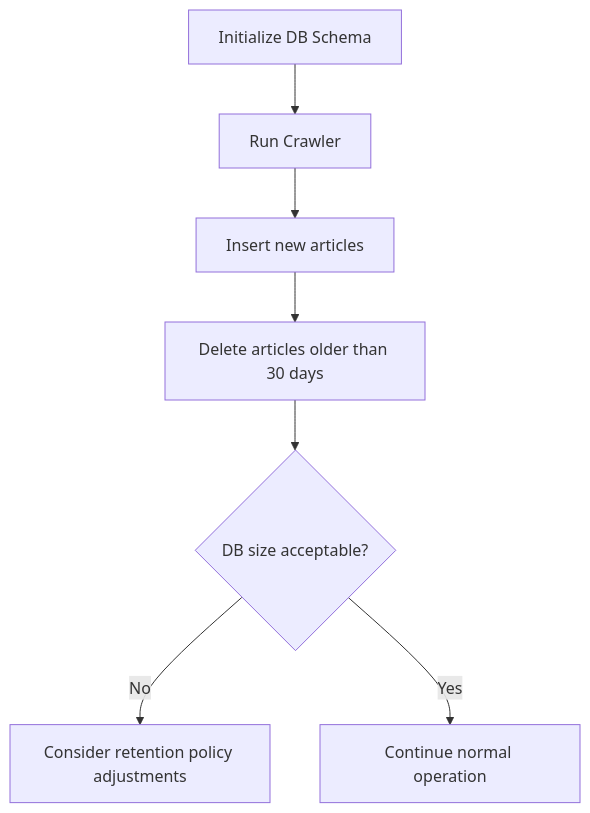
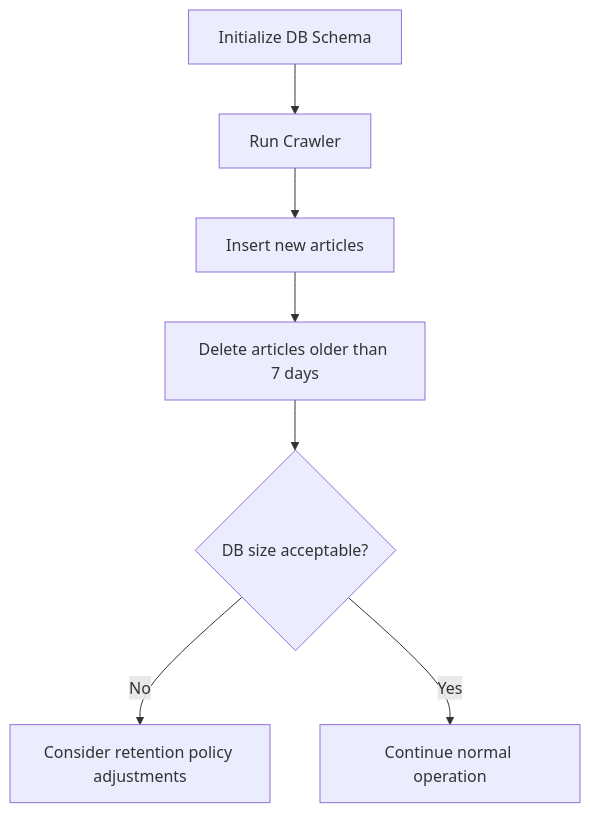
One commit to zbw-zbw/news-aggregator changed the sixth of 7 diagrams in .qoder/repowiki/en/content/Deployment and Operations.md. Above: the diagram before and after it, drawn with Mermaid. The commit also changed other lines of this file and 4 other files, not shown here.

````diff
--- a/.qoder/repowiki/en/content/Deployment and Operations.md
+++ b/.qoder/repowiki/en/content/Deployment and Operations.md
@@ -245,9 +255,9 @@
 ```mermaid
 flowchart TD
 Init["Initialize DB Schema"] --> RunCrawl["Run Crawler"]
 RunCrawl --> Insert["Insert new articles"]
-Insert --> Cleanup["Delete articles older than 30 days"]
+Insert --> Cleanup["Delete articles older than 7 days"]
 Cleanup --> SizeCheck{"DB size acceptable?"}
 SizeCheck --> |No| Optimize["Consider retention policy adjustments"]
 SizeCheck --> |Yes| Done["Continue normal operation"]
 ```
````
